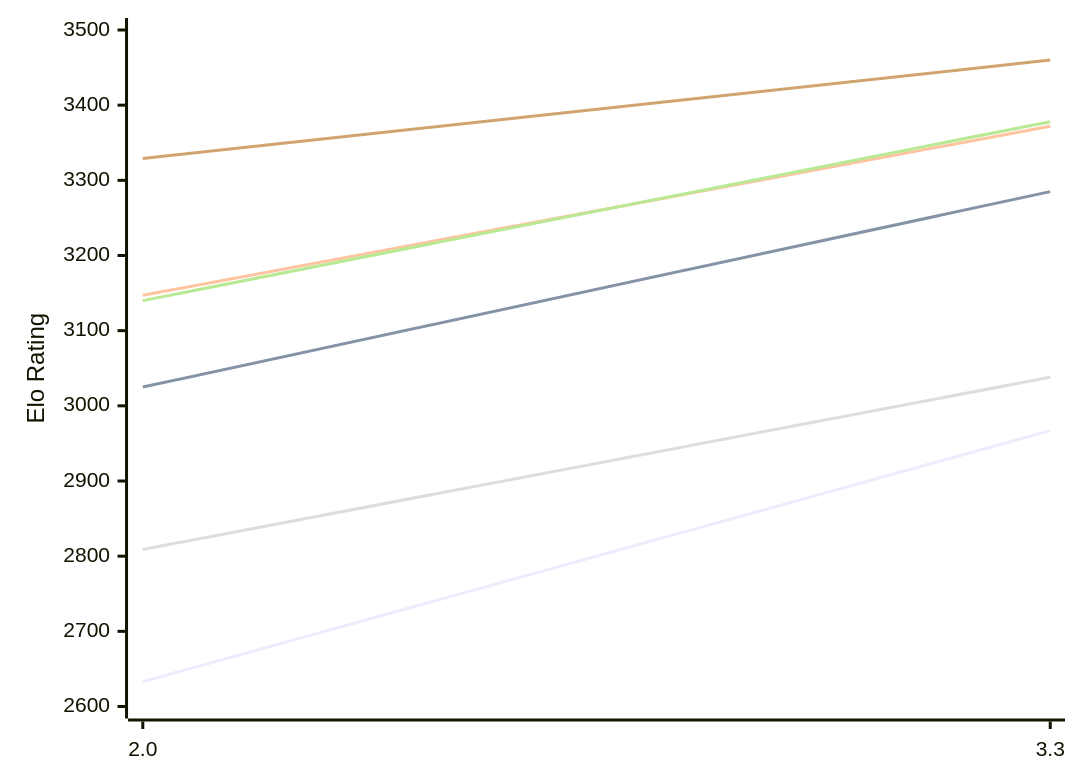
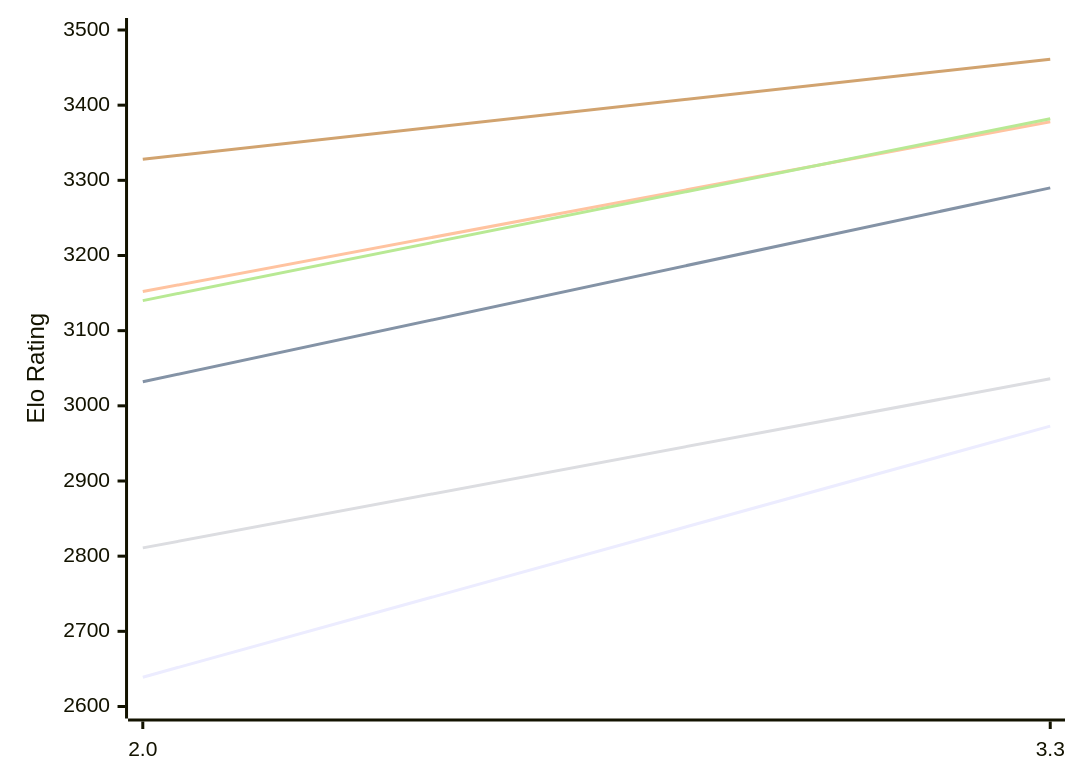
Before and after one commit to computer-chess-index/cci: the first of 2 diagrams in engines/Ceylondemon.md, drawn with Mermaid. The commit also changed other lines of this file, not shown here.

Commit message:
Update CCI Ratings (ELO VLTC) - 2026-11-10

````diff
--- a/engines/Ceylondemon.md
+++ b/engines/Ceylondemon.md
@@ -50,12 +50,12 @@
 ```mermaid
 %%{init: {"theme":"base","themeVariables":{"seriesColors:['#a3a3a3','#222221','#faa371']}}}%%
 xychart-beta
   x-axis ["2.0", "3.3"]
   y-axis "Elo Rating" 2600 --> 3500
-  line "E1: STC (8.0+0.08s)" [2633, 2967]
-  line "E1: LTC (60.0+0.60s)" [3025, 3285]
-  line "E1: VLTC (2m24s+1.12s)" [3147, 3372]
-  line "P1: STC (8.0+0.08s)" [2809, 3038]
-  line "P1: LTC (60.0+0.60s)" [3140, 3378]
-  line "P1: VLTC (2m24s+1.12s)" [3329, 3460]
+  line "E1: STC (8.0+0.08s)" [2639, 2973]
+  line "E1: LTC (60.0+0.60s)" [3032, 3290]
+  line "E1: VLTC (2m24s+1.12s)" [3152, 3378]
+  line "P1: STC (8.0+0.08s)" [2811, 3036]
+  line "P1: LTC (60.0+0.60s)" [3140, 3382]
+  line "P1: VLTC (2m24s+1.12s)" [3328, 3461]
 ```
````
